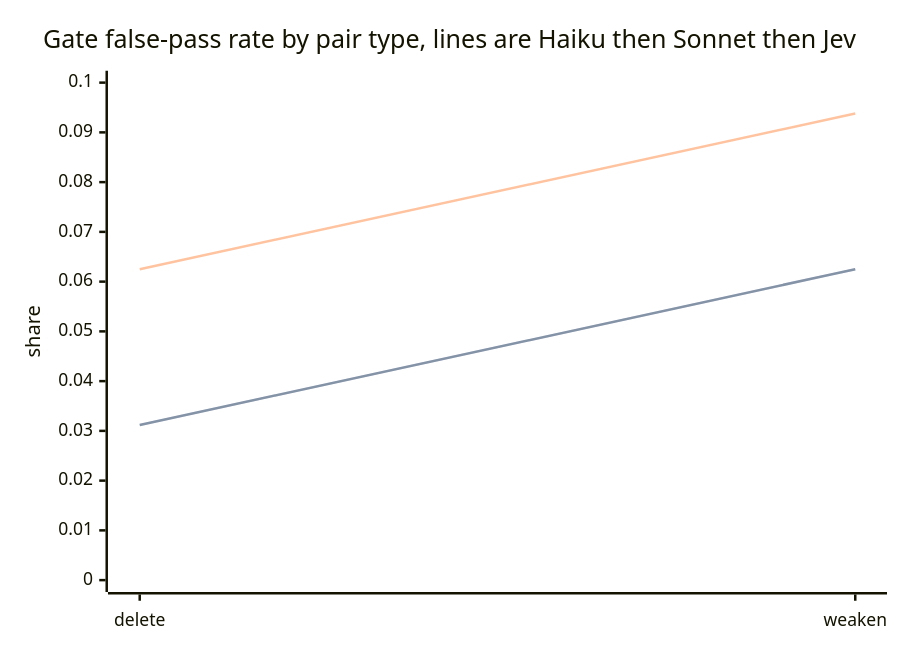
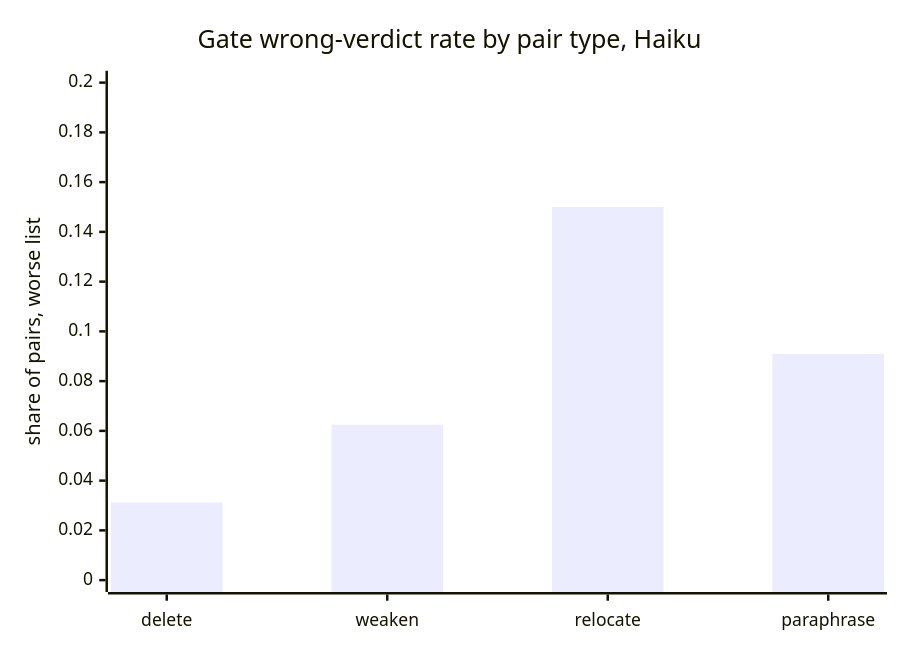
One commit to deepily/lupin changed the fourth of 8 diagrams in src/rnd/v0.2.2/2026.09.30-lupin-af-documentation-rewrite-plan/2026.10.01-claim-judge-comparison-jev-haiku-sonnet.md. Above: the diagram before and after it, drawn with Mermaid. The commit also changed other lines of this file, not shown here.

````diff
--- a/src/rnd/v0.2.2/2026.09.30-lupin-af-documentation-rewrite-plan/2026.10.01-claim-judge-comparison-jev-haiku-sonnet.md
+++ b/src/rnd/v0.2.2/2026.09.30-lupin-af-documentation-rewrite-plan/2026.10.01-claim-judge-comparison-jev-haiku-sonnet.md
@@ -154,9 +160,7 @@
 ```mermaid
 xychart-beta
-    title "Gate false-pass rate by pair type, lines are Haiku then Sonnet then Jev"
-    x-axis ["delete", "weaken"]
-    y-axis "share" 0 --> 0.10
-    line [0.0312, 0.0625]
-    line [0.0312, 0.0625]
-    line [0.0625, 0.0938]
+    title "Gate wrong-verdict rate by pair type, Haiku"
+    x-axis ["delete", "weaken", "relocate", "paraphrase"]
+    y-axis "share of pairs, worse list" 0 --> 0.20
+    bar [0.0312, 0.0625, 0.1500, 0.0909]
 ```
````
